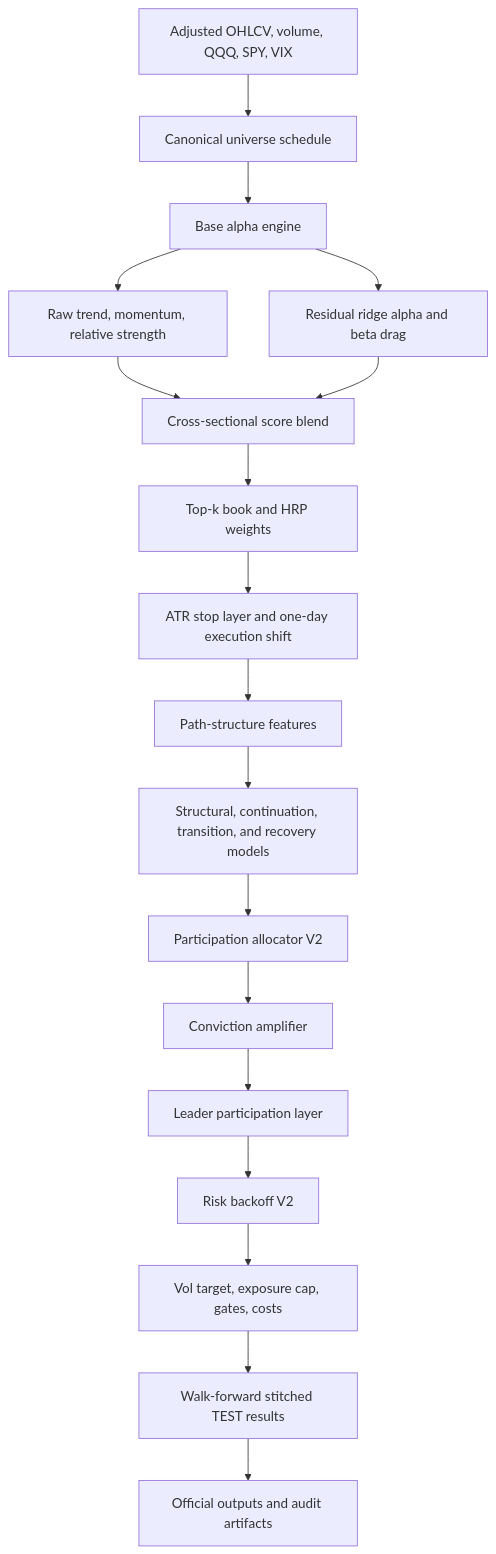
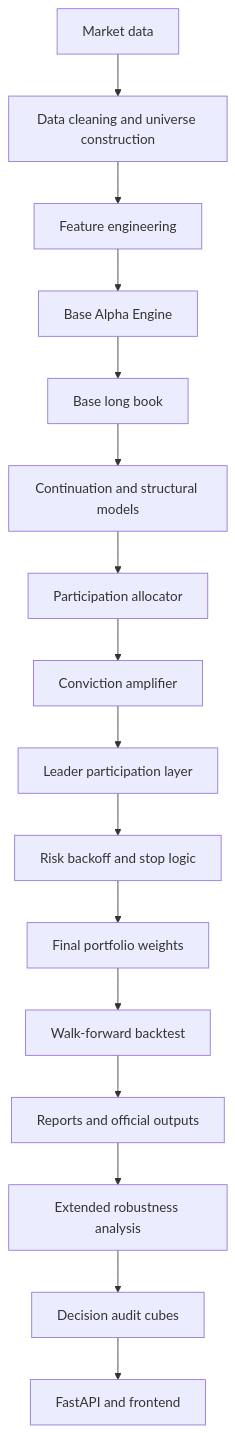
One commit to LiamSalazar/QuantMahoraga changed the first of 2 diagrams in README.md. Above: the diagram before and after it, drawn with Mermaid. The commit also changed other lines of this file and 17 other files, not shown here.

Commit message:
readme_specifications_and_cubediagram

````diff
--- a/README.md
+++ b/README.md
@@ -132,20 +239,18 @@
 ```mermaid
 flowchart TD
-    A["Adjusted OHLCV, volume, QQQ, SPY, VIX"] --> B["Canonical universe schedule"]
-    B --> C["Base alpha engine"]
-    C --> D["Raw trend, momentum, relative strength"]
-    C --> E["Residual ridge alpha and beta drag"]
-    D --> F["Cross-sectional score blend"]
-    E --> F
-    F --> G["Top-k book and HRP weights"]
-    G --> H["ATR stop layer and one-day execution shift"]
-    H --> I["Path-structure features"]
-    I --> J["Structural, continuation, transition, and recovery models"]
-    J --> K["Participation allocator V2"]
-    K --> L["Conviction amplifier"]
-    L --> M["Leader participation layer"]
-    M --> N["Risk backoff V2"]
-    N --> O["Vol target, exposure cap, gates, costs"]
-    O --> P["Walk-forward stitched TEST results"]
-    P --> Q["Official outputs and audit artifacts"]
+    A["Market data"] --> B["Data cleaning and universe construction"]
+    B --> C["Feature engineering"]
+    C --> D["Base Alpha Engine"]
+    D --> E["Base long book"]
+    E --> F["Continuation and structural models"]
+    F --> G["Participation allocator"]
+    G --> H["Conviction amplifier"]
+    H --> I["Leader participation layer"]
+    I --> J["Risk backoff and stop logic"]
+    J --> K["Final portfolio weights"]
+    K --> L["Walk-forward backtest"]
+    L --> M["Reports and official outputs"]
+    M --> N["Extended robustness analysis"]
+    N --> O["Decision audit cubes"]
+    O --> P["FastAPI and frontend"]
 ```
````
